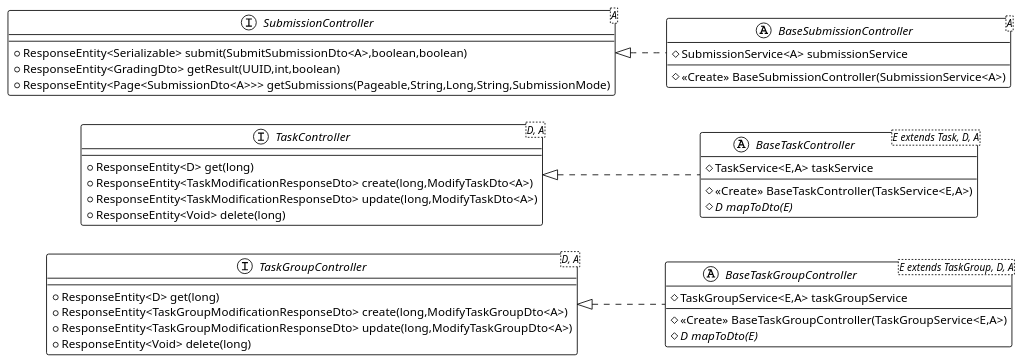
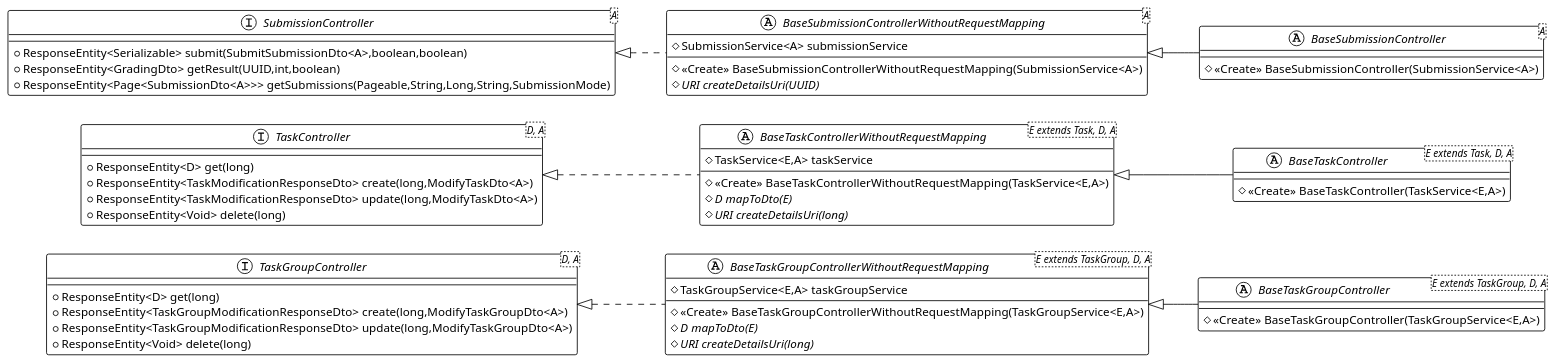
The diagram in documentation/starter-controllers.puml (eTutor-plus-plus/task-app-starter), drawn with PlantUML before and after one commit. The commit also changed 4 other files, not shown here.

```diff
--- a/documentation/starter-controllers.puml
+++ b/documentation/starter-controllers.puml
@@ -1,51 +1,69 @@
 @startuml
 !theme plain
 left to right direction
 
 together {
     interface TaskGroupController<D, A> {
         + ResponseEntity<D> get(long)
         + ResponseEntity<TaskGroupModificationResponseDto> create(long,ModifyTaskGroupDto<A>)
         + ResponseEntity<TaskGroupModificationResponseDto> update(long,ModifyTaskGroupDto<A>)
         + ResponseEntity<Void> delete(long)
     }
 
+    abstract class BaseTaskGroupControllerWithoutRequestMapping<E extends TaskGroup, D, A> {
+        # TaskGroupService<E,A> taskGroupService
+        # <<Create>> BaseTaskGroupControllerWithoutRequestMapping(TaskGroupService<E,A>)
+        # {abstract}D mapToDto(E)
+        # {abstract}URI createDetailsUri(long)
+    }
+
     abstract class BaseTaskGroupController<E extends TaskGroup, D, A> {
-        # TaskGroupService<E,A> taskGroupService
         # <<Create>> BaseTaskGroupController(TaskGroupService<E,A>)
-        # {abstract}D mapToDto(E)
     }
 }
 
 together {
     interface TaskController<D, A> {
         + ResponseEntity<D> get(long)
         + ResponseEntity<TaskModificationResponseDto> create(long,ModifyTaskDto<A>)
         + ResponseEntity<TaskModificationResponseDto> update(long,ModifyTaskDto<A>)
         + ResponseEntity<Void> delete(long)
     }
 
+    abstract class BaseTaskControllerWithoutRequestMapping<E extends Task, D, A> {
+        # TaskService<E,A> taskService
+        # <<Create>> BaseTaskControllerWithoutRequestMapping(TaskService<E,A>)
+        # {abstract}D mapToDto(E)
+        # {abstract}URI createDetailsUri(long)
+    }
+
     abstract class BaseTaskController<E extends Task, D, A> {
-        # TaskService<E,A> taskService
         # <<Create>> BaseTaskController(TaskService<E,A>)
-        # {abstract}D mapToDto(E)
     }
 }
 
 together {
     interface SubmissionController<A> {
         + ResponseEntity<Serializable> submit(SubmitSubmissionDto<A>,boolean,boolean)
         + ResponseEntity<GradingDto> getResult(UUID,int,boolean)
         + ResponseEntity<Page<SubmissionDto<A>>> getSubmissions(Pageable,String,Long,String,SubmissionMode)
     }
 
+    abstract class BaseSubmissionControllerWithoutRequestMapping<A> {
+        # SubmissionService<A> submissionService
+        # <<Create>> BaseSubmissionControllerWithoutRequestMapping(SubmissionService<A>)
+        # {abstract}URI createDetailsUri(UUID)
+    }
+
     abstract class BaseSubmissionController<A> {
-        # SubmissionService<A> submissionService
         # <<Create>> BaseSubmissionController(SubmissionService<A>)
     }
 }
 
-SubmissionController <|.. BaseSubmissionController
-TaskGroupController <|.. BaseTaskGroupController
-TaskController <|.. BaseTaskController
+SubmissionController <|.. BaseSubmissionControllerWithoutRequestMapping
+BaseSubmissionControllerWithoutRequestMapping <|-- BaseSubmissionController
+TaskGroupController <|.. BaseTaskGroupControllerWithoutRequestMapping
+BaseTaskGroupControllerWithoutRequestMapping <|-- BaseTaskGroupController
+TaskController <|.. BaseTaskControllerWithoutRequestMapping
+BaseTaskControllerWithoutRequestMapping <|-- BaseTaskController
 @enduml
```
